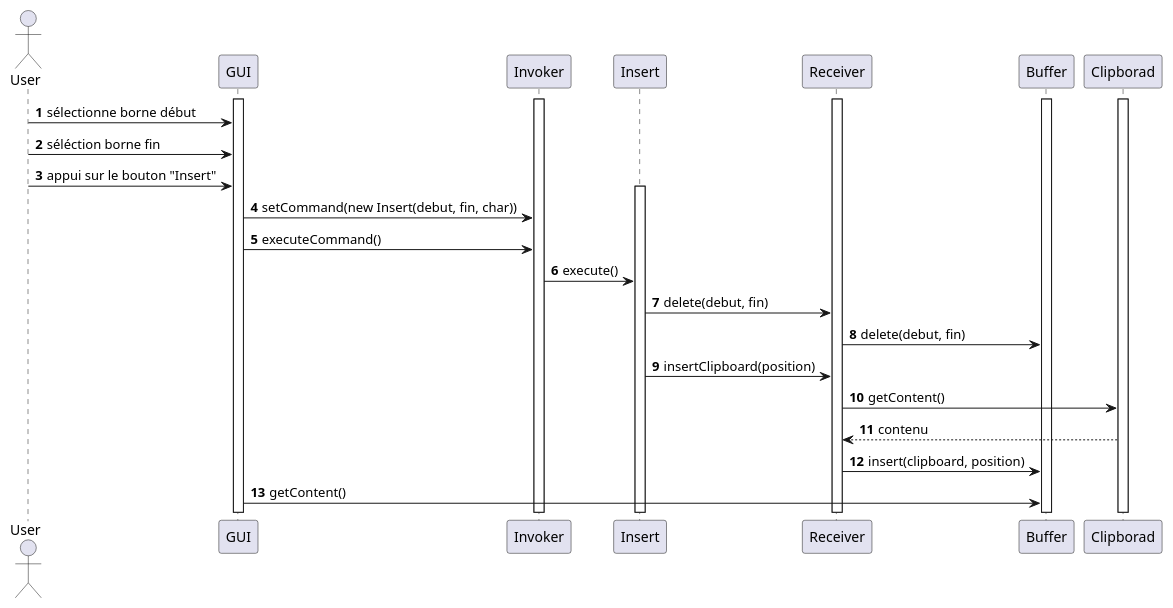
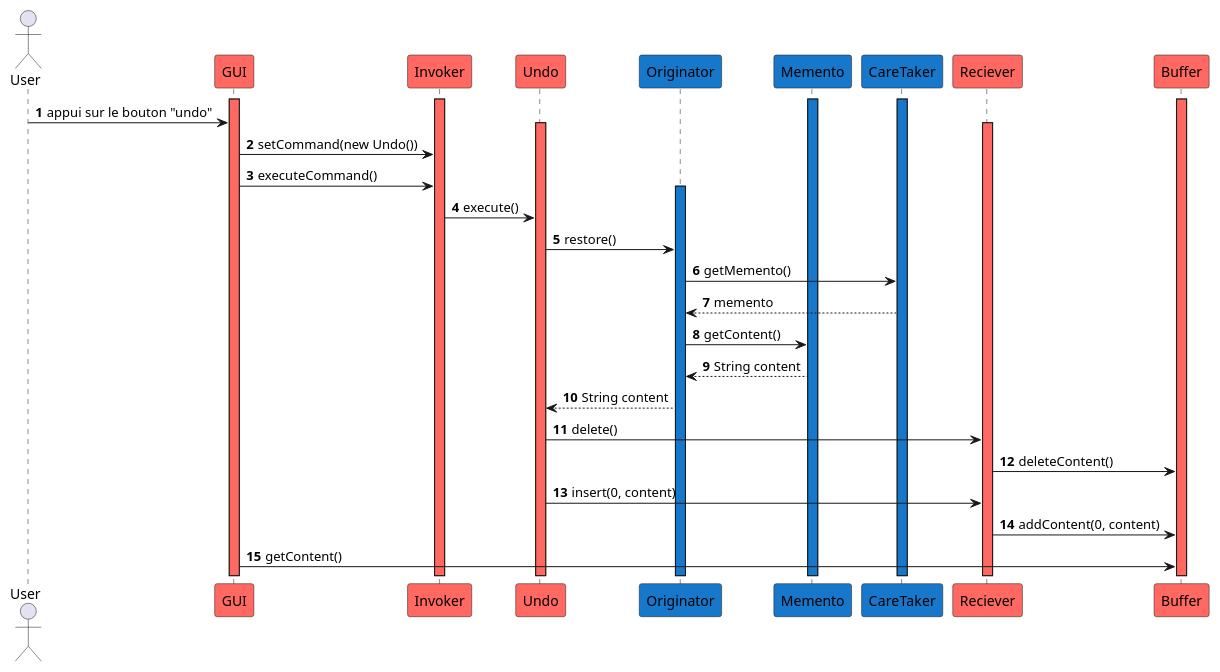
Before and after one commit to Camille-Molinier/text-editor: the diagram in V2/Conception/Sequence_diagrams/Undo.puml, drawn with PlantUML. The commit also changed 2 other files, not shown here.

```diff
--- a/V2/Conception/Sequence_diagrams/Undo.puml
+++ b/V2/Conception/Sequence_diagrams/Undo.puml
@@ -1,43 +1,48 @@
 @startuml
 'https://plantuml.com/sequence-diagram
 
 autonumber
 
 actor User
 
-participant GUI
-activate GUI
-participant Invoker
-activate Invoker
-participant Insert
-participant Receiver
-activate Receiver
+participant GUI #ff6961
+participant Invoker #ff6961
+participant Undo #ff6961
+participant Originator #1677CB
+participant Memento #1677CB
+participant CareTaker #1677CB
+participant Reciever #ff6961
+participant Buffer #ff6961
 
-participant Buffer
-activate Buffer
-participant Clipborad
-activate Clipborad
-User -> GUI : sélectionne borne début
-User -> GUI : séléction borne fin
-User -> GUI : appui sur le bouton "Insert"
+activate CareTaker #1677CB
+activate Invoker #ff6961
+activate GUI #ff6961
+activate Buffer #ff6961
+activate Memento #1677CB
 
-activate Insert
+User -> GUI : appui sur le bouton "undo"
 
-GUI -> Invoker : setCommand(new Insert(debut, fin, char))
-
+activate Undo #ff6961
+activate Reciever #ff6961
+GUI -> Invoker : setCommand(new Undo())
 GUI -> Invoker : executeCommand()
 
-Invoker -> Insert : execute()
+activate Originator #1677CB
+Invoker -> Undo : execute()
 
-Insert -> Receiver : delete(debut, fin)
-Receiver -> Buffer : delete(debut, fin)
-Insert -> Receiver : insertClipboard(position)
-Receiver -> Clipborad : getContent()
-Clipborad --> Receiver : contenu
+Undo -> Originator : restore()
 
-Receiver -> Buffer : insert(clipboard, position)
+Originator -> CareTaker : getMemento()
+CareTaker --> Originator : memento
+Originator -> Memento : getContent()
+Memento --> Originator : String content
+Originator --> Undo : String content
+
+Undo -> Reciever : delete()
+Reciever -> Buffer : deleteContent()
+
+Undo -> Reciever : insert(0, content)
+Reciever -> Buffer : addContent(0, content)
 
 GUI -> Buffer : getContent()
-
-
 @enduml
```
